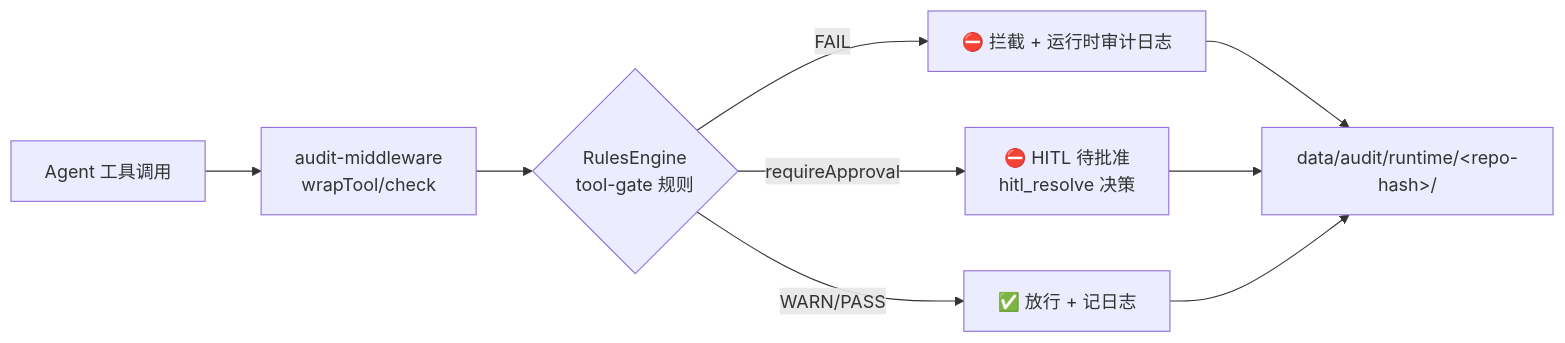
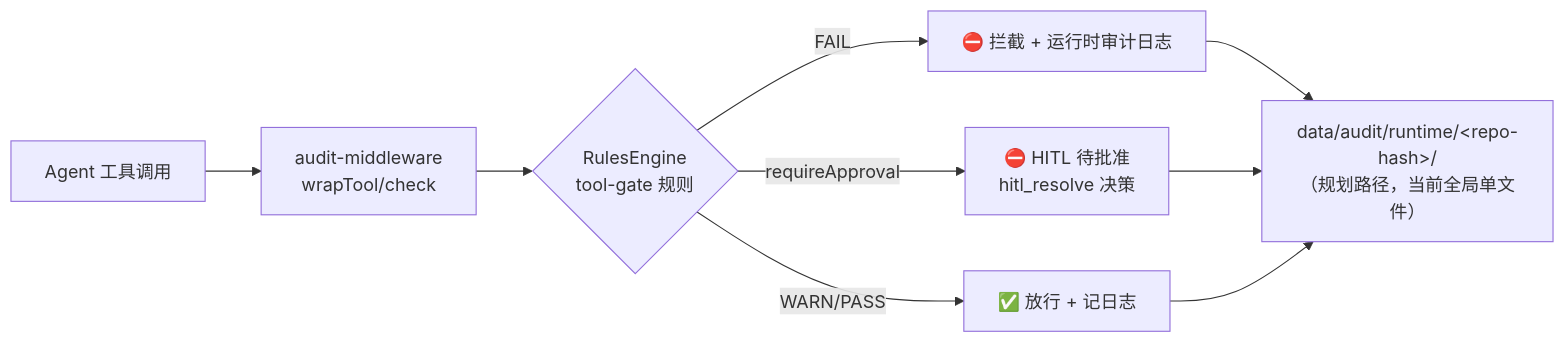
Before and after one commit to KongFangXun/sofagent: the seventh of 10 diagrams in docs/ARCHITECTURE.md, drawn with Mermaid. The commit also changed other lines of this file and 4 other files, not shown here.

````diff
--- a/docs/ARCHITECTURE.md
+++ b/docs/ARCHITECTURE.md
@@ -405,11 +405,11 @@
 ```mermaid
 graph LR
     A[Agent 工具调用] --> B[audit-middleware<br/>wrapTool/check]
     B --> C{RulesEngine<br/>tool-gate 规则}
     C -->|FAIL| D[⛔ 拦截 + 运行时审计日志]
     C -->|requireApproval| E[⛔ HITL 待批准<br/>hitl_resolve 决策]
     C -->|WARN/PASS| F[✅ 放行 + 记日志]
-    D --> G[data/audit/runtime/&lt;repo-hash&gt;/]
+    D --> G[data/audit/runtime/&lt;repo-hash&gt;/<br/>（规划路径，当前全局单文件）]
     E --> G
     F --> G
 ```
````
